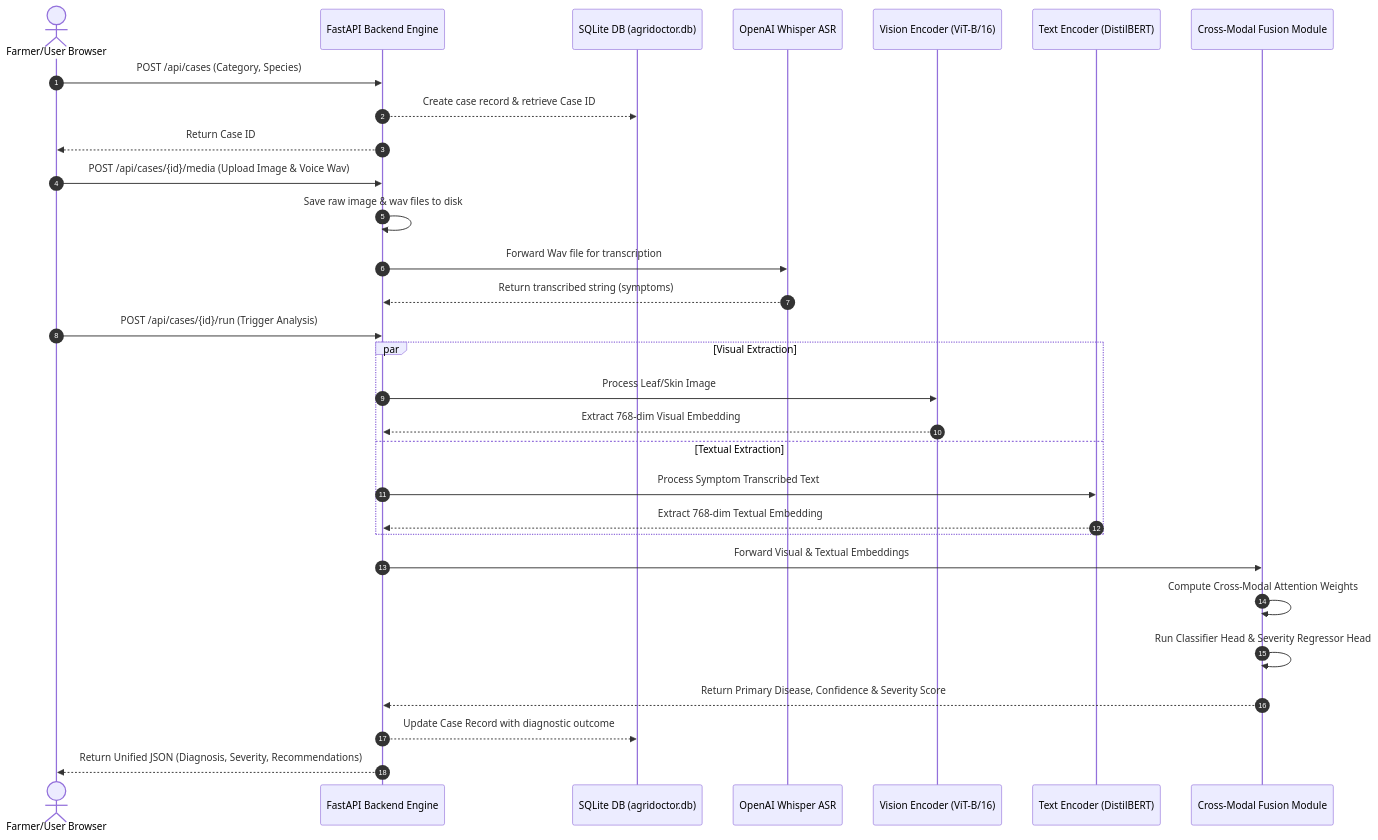
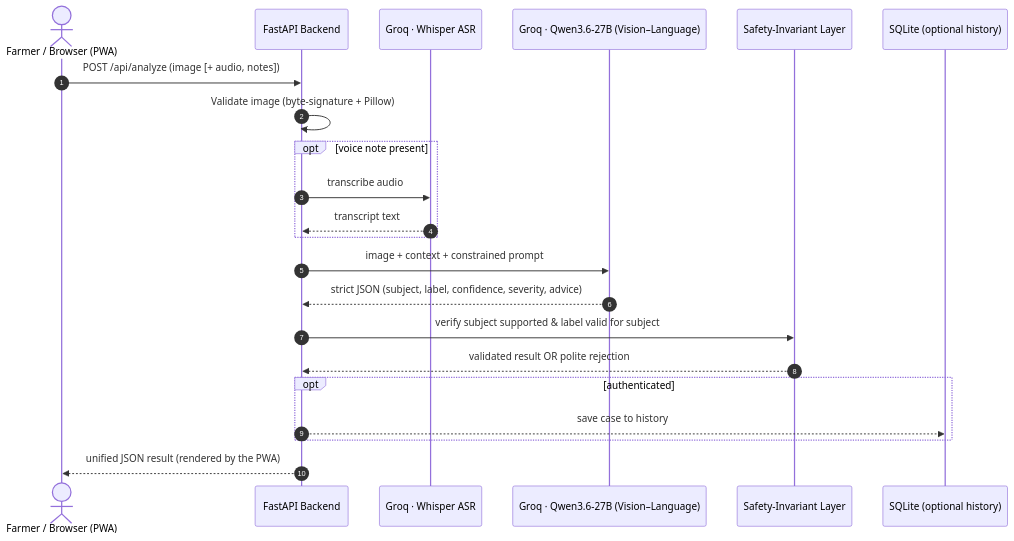
Before and after one commit to Sarifkhan1/AgriDoctor: the diagram in AgriDoctor_Submission_Materials.md, drawn with Mermaid. The commit also changed other lines of this file and 23 other files, not shown here.

Commit message:
feat: Add hybrid CNN/LLM flow, optimize model inference, and enhance modern UI light/dark mode

````diff
--- a/AgriDoctor_Submission_Materials.md
+++ b/AgriDoctor_Submission_Materials.md
@@ -103,33 +159,25 @@
 ```mermaid
 sequenceDiagram
     autonumber
-    actor Farmer as Farmer/User Browser
-    participant API as FastAPI Backend Engine
-    participant DB as SQLite DB (agridoctor.db)
-    participant Whisper as OpenAI Whisper ASR
-    participant ViT as Vision Encoder (ViT-B/16)
-    participant BERT as Text Encoder (DistilBERT)
-    participant Fusion as Cross-Modal Fusion Module
+    actor Farmer as Farmer / Browser (PWA)
+    participant API as FastAPI Backend
+    participant Whisper as Groq · Whisper ASR
+    participant VLM as Groq · Qwen3.6-27B (Vision–Language)
+    participant Safety as Safety-Invariant Layer
+    participant DB as SQLite (optional history)
 
-    Farmer->>API: POST /api/cases (Category, Species)
-    API-->>DB: Create case record & retrieve Case ID
-    API-->>Farmer: Return Case ID
-    Farmer->>API: POST /api/cases/{id}/media (Upload Image & Voice Wav)
-    API->>API: Save raw image & wav files to disk
-    API->>Whisper: Forward Wav file for transcription
-    Whisper-->>API: Return transcribed string (symptoms)
-    Farmer->>API: POST /api/cases/{id}/run (Trigger Analysis)
-    par Visual Extraction
-        API->>ViT: Process Leaf/Skin Image
-        ViT-->>API: Extract 768-dim Visual Embedding
-    and Textual Extraction
-        API->>BERT: Process Symptom Transcribed Text
-        BERT-->>API: Extract 768-dim Textual Embedding
+    Farmer->>API: POST /api/analyze (image [+ audio, notes])
+    API->>API: Validate image (byte-signature + Pillow)
+    opt voice note present
+        API->>Whisper: transcribe audio
+        Whisper-->>API: transcript text
     end
-    API->>Fusion: Forward Visual & Textual Embeddings
-    Fusion->>Fusion: Compute Cross-Modal Attention Weights
-    Fusion->>Fusion: Run Classifier Head & Severity Regressor Head
-    Fusion-->>API: Return Primary Disease, Confidence & Severity Score
-    API-->>DB: Update Case Record with diagnostic outcome
-    API-->>Farmer: Return Unified JSON (Diagnosis, Severity, Recommendations)
+    API->>VLM: image + context + constrained prompt
+    VLM-->>API: strict JSON (subject, label, confidence, severity, advice)
+    API->>Safety: verify subject supported & label valid for subject
+    Safety-->>API: validated result OR polite rejection
+    opt authenticated
+        API-->>DB: save case to history
+    end
+    API-->>Farmer: unified JSON result (rendered by the PWA)
 ```
````
